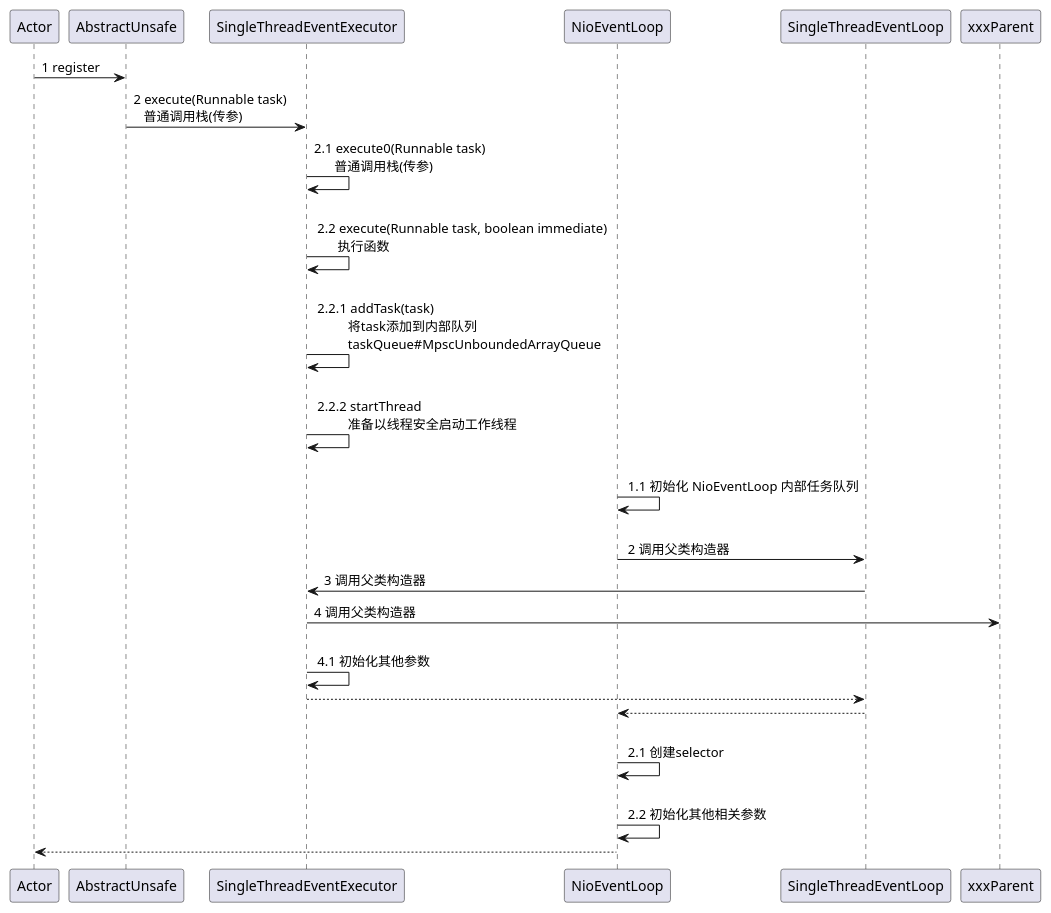
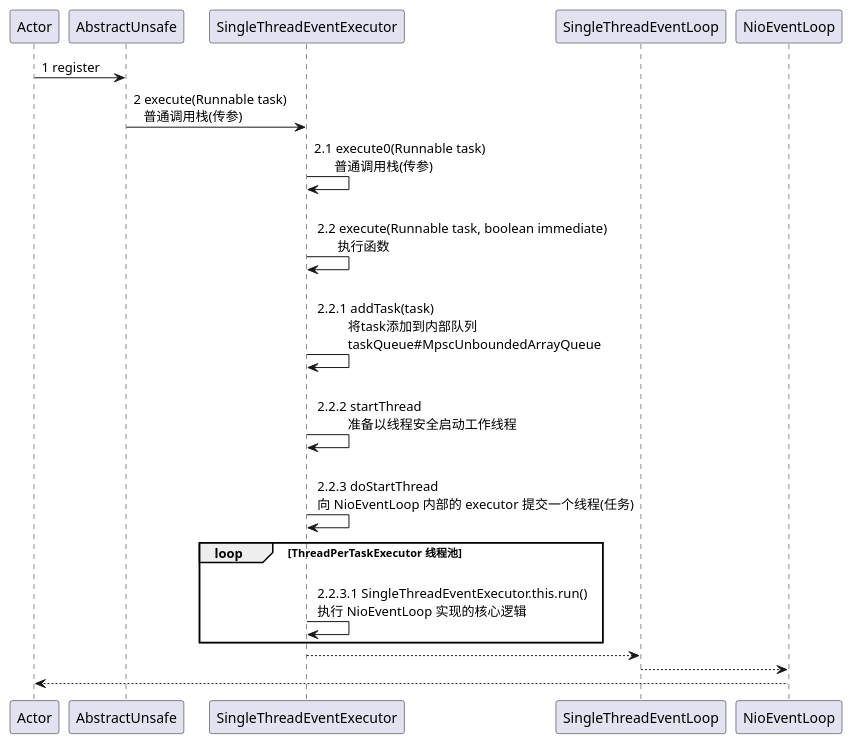
Before and after one commit to Simba-cheng/netty: the diagram in puml/AbstractUnsafe#register.puml, drawn with PlantUML. The commit also changed 1 other file, not shown here.

Commit message:
refactor(code): 源码添加注释、流程图、类图

```diff
--- a/puml/AbstractUnsafe#register.puml
+++ b/puml/AbstractUnsafe#register.puml
@@ -1,28 +1,24 @@
 @startuml participant
 
 Actor -> AbstractUnsafe: 1 register
 
 AbstractUnsafe -> SingleThreadEventExecutor: 2 execute(Runnable task) \n   普通调用栈(传参)
 SingleThreadEventExecutor -> SingleThreadEventExecutor: 2.1 execute0(Runnable task) \n      普通调用栈(传参)
 SingleThreadEventExecutor -> SingleThreadEventExecutor: \n 2.2 execute(Runnable task, boolean immediate) \n       执行函数
 SingleThreadEventExecutor -> SingleThreadEventExecutor: \n 2.2.1 addTask(task) \n          将task添加到内部队列 \n          taskQueue#MpscUnboundedArrayQueue
 SingleThreadEventExecutor -> SingleThreadEventExecutor: \n 2.2.2 startThread \n          准备以线程安全启动工作线程
 
+SingleThreadEventExecutor -> SingleThreadEventExecutor: \n 2.2.3 doStartThread \n 向 NioEventLoop 内部的 executor 提交一个线程(任务)
 
+' ----- 分割线 -----
+loop ThreadPerTaskExecutor 线程池
+SingleThreadEventExecutor -> SingleThreadEventExecutor: \n 2.2.3.1 SingleThreadEventExecutor.this.run() \n 执行 NioEventLoop 实现的核心逻辑
+end
+' ----- 分割线 -----
 
-
-
-NioEventLoop -> NioEventLoop: \n 1.1 初始化 NioEventLoop 内部任务队列
-NioEventLoop -> SingleThreadEventLoop: \n 2 调用父类构造器
-SingleThreadEventLoop -> SingleThreadEventExecutor: 3 调用父类构造器
-SingleThreadEventExecutor -> xxxParent :4 调用父类构造器
-SingleThreadEventExecutor -> SingleThreadEventExecutor : \n 4.1 初始化其他参数
 
 SingleThreadEventLoop <-- SingleThreadEventExecutor
 NioEventLoop <-- SingleThreadEventLoop
 
-NioEventLoop -> NioEventLoop : \n 2.1 创建selector
-NioEventLoop -> NioEventLoop : \n 2.2 初始化其他相关参数
-
 Actor <-- NioEventLoop
 @enduml
```
